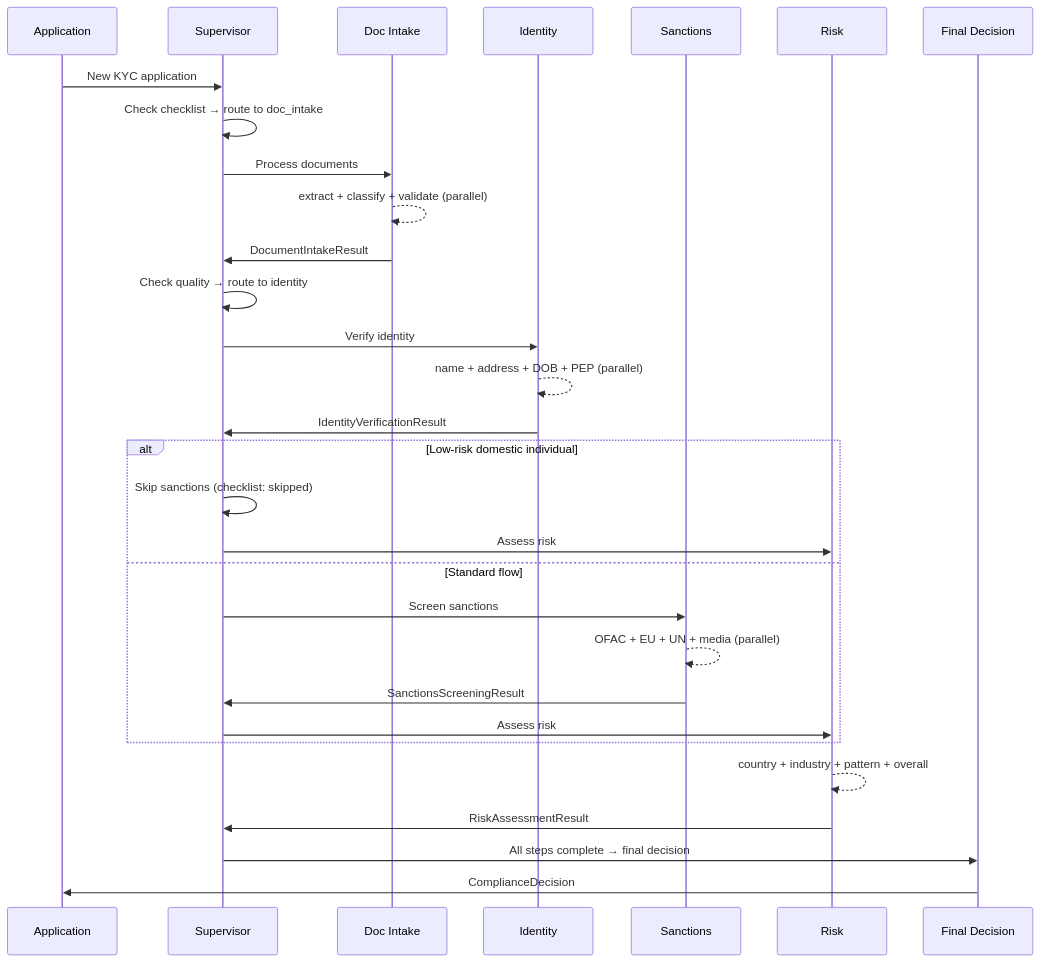
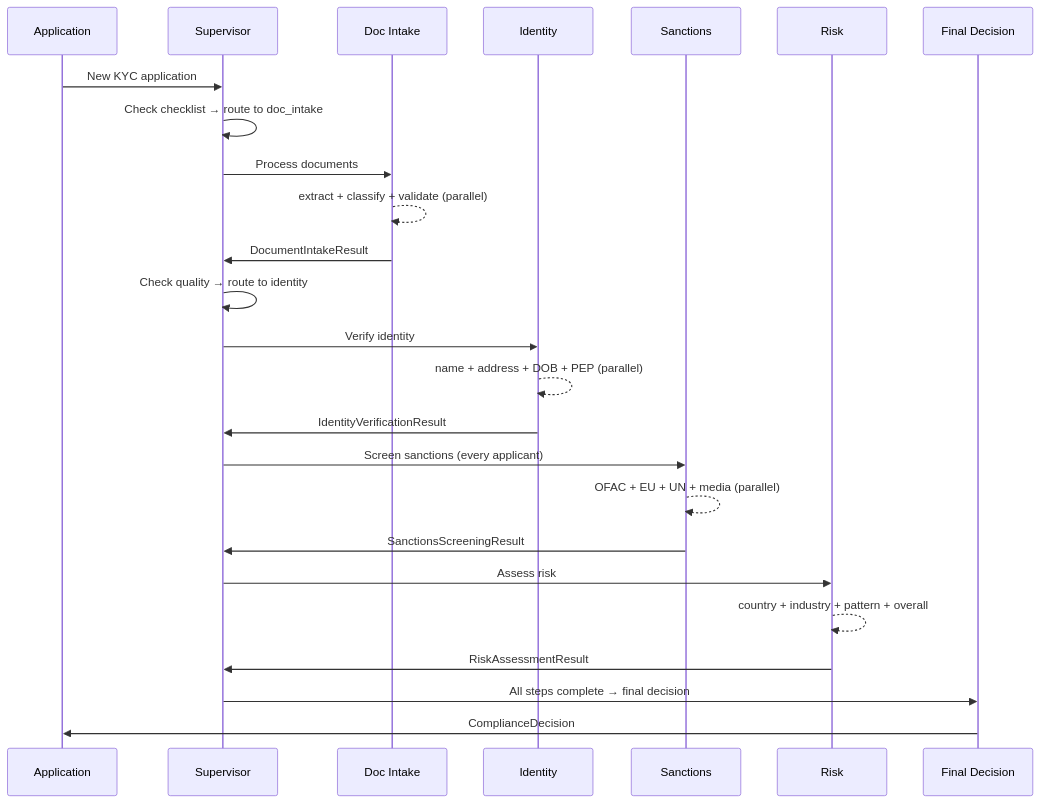
The third of 3 diagrams in project-3-kyc-platform/docs/ARCHITECTURE.md (dimon2255/fintech-agentic-portfolio), drawn with Mermaid before and after one commit. The commit also changed other lines of this file and 18 other files, not shown here.

````diff
--- a/project-3-kyc-platform/docs/ARCHITECTURE.md
+++ b/project-3-kyc-platform/docs/ARCHITECTURE.md
@@ -53,35 +52,30 @@
 ```mermaid
 sequenceDiagram
     participant App as Application
     participant S as Supervisor
     participant D as Doc Intake
     participant I as Identity
     participant Sc as Sanctions
     participant R as Risk
     participant F as Final Decision
 
     App->>S: New KYC application
     S->>S: Check checklist → route to doc_intake
     S->>D: Process documents
     D-->>D: extract + classify + validate (parallel)
     D->>S: DocumentIntakeResult
     S->>S: Check quality → route to identity
     S->>I: Verify identity
     I-->>I: name + address + DOB + PEP (parallel)
     I->>S: IdentityVerificationResult
 
-    alt Low-risk domestic individual
-        S->>S: Skip sanctions (checklist: skipped)
-        S->>R: Assess risk
-    else Standard flow
-        S->>Sc: Screen sanctions
-        Sc-->>Sc: OFAC + EU + UN + media (parallel)
-        Sc->>S: SanctionsScreeningResult
-        S->>R: Assess risk
-    end
+    S->>Sc: Screen sanctions (every applicant)
+    Sc-->>Sc: OFAC + EU + UN + media (parallel)
+    Sc->>S: SanctionsScreeningResult
+    S->>R: Assess risk
 
     R-->>R: country + industry + pattern + overall
     R->>S: RiskAssessmentResult
     S->>F: All steps complete → final decision
     F->>App: ComplianceDecision
 ```
````
